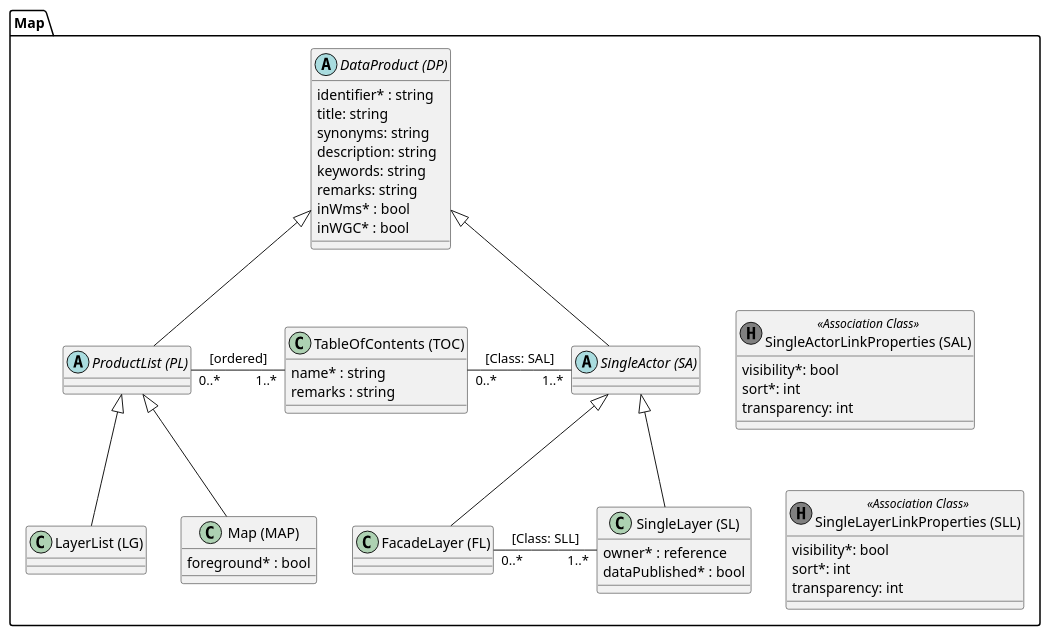
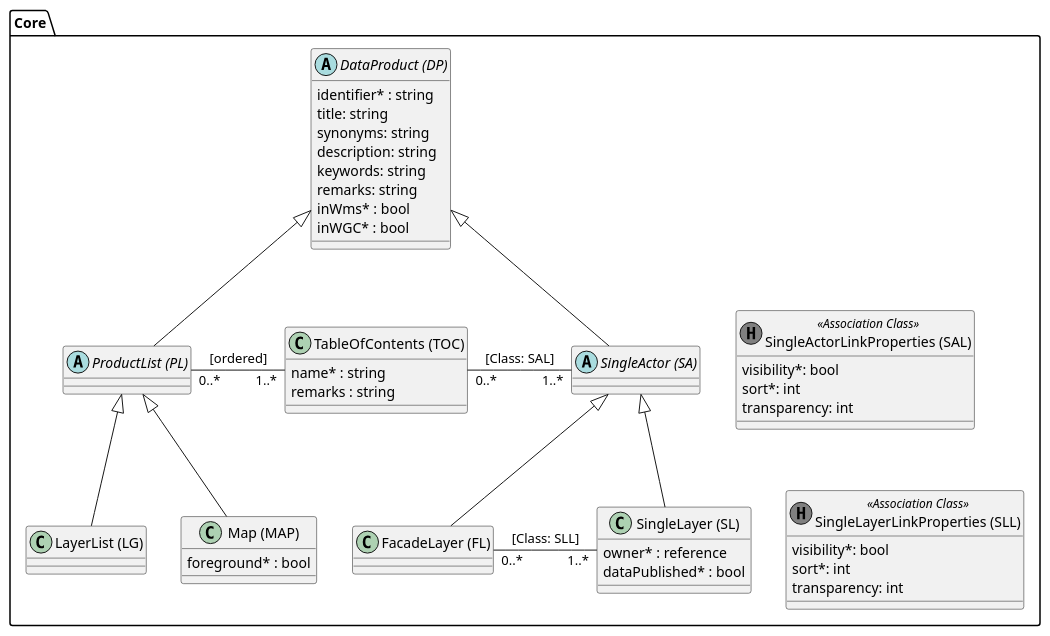
One commit to simi-so/mm changed the diagram in puml/src/simi_core.puml. Above: the diagram before and after it, drawn with PlantUML. The commit also changed 9 other files, not shown here.

Commit message:
added model part "flow"

```diff
--- a/puml/src/simi_core.puml
+++ b/puml/src/simi_core.puml
@@ -1,67 +1,67 @@
 @startuml
 
-package Map {
+package Core {
   abstract class "DataProduct (DP)" as dp {
       identifier* : string
       title: string
       synonyms: string
       description: string
       keywords: string
       remarks: string
       inWms* : bool
       inWGC* : bool
   }
   
   abstract class "ProductList (PL)" as pl
 
   class "LayerList (LG)" as ll
 
   class "Map (MAP)" as map {
     foreground* : bool
   }
   
   class "TableOfContents (TOC)" as toc {
     name* : string
     remarks : string
   }
   
   abstract class "SingleActor (SA)" as sa
 
   class "FacadeLayer (FL)" as fl
 
   class "SingleLayer (SL)" as sl {
     owner* : reference
     dataPublished* : bool
   }
   
   class "SingleLayerLinkProperties (SLL)" as sll << (H, grey) Association Class >> {
       visibility*: bool
       sort*: int
       transparency: int
   }
 
   class "SingleActorLinkProperties (SAL)" as sal << (H, grey) Association Class >> {
       visibility*: bool
       sort*: int
       transparency: int
   }
   
   dp <|-- pl
   pl <|-- ll
   pl <|-- map
   
   dp <|-- sa
   sa <|-- sl
   sa <|-- fl
   
   pl "0..*" - "1..*" toc : [ordered]
   
   toc "0..*" - "1..*" sa : [Class: SAL]  
   fl "0..*" - "1..*" sl : [Class: SLL]
   
   'layout help
   sa -[hidden]> sal
   sl -[hidden]> sll
 }
 
 @enduml
```
